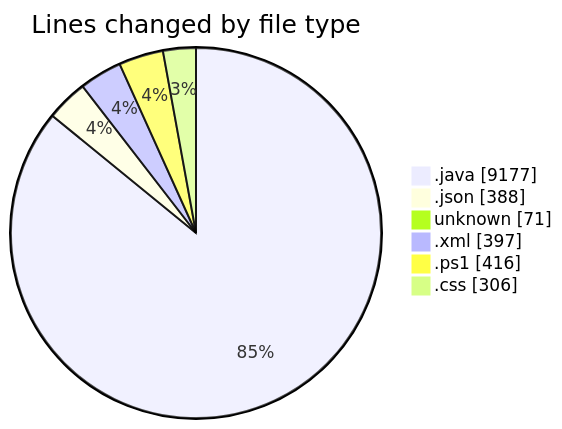
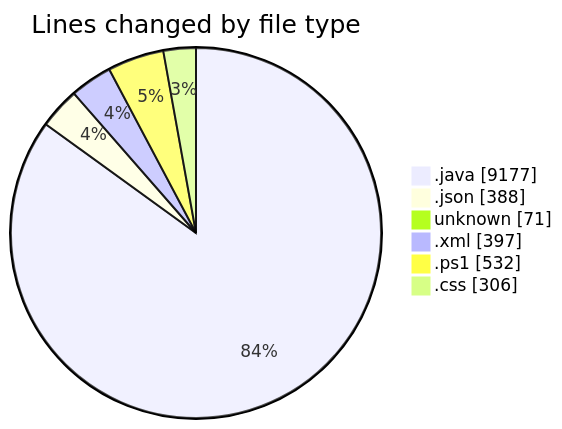
One commit to charlie-sans/code-tracking changed the first of 2 diagrams in 2025-02-25/micros/README.md. Above: the diagram before and after it, drawn with Mermaid. The commit also changed other lines of this file and 1 other file, not shown here.

````diff
--- a/2025-02-25/micros/README.md
+++ b/2025-02-25/micros/README.md
@@ -62,10 +62,10 @@
 ```mermaid
 pie showData
 title Lines changed by file type
 ".java" : 9177
 ".json" : 388
 "unknown" : 71
 ".xml" : 397
-".ps1" : 416
+".ps1" : 532
 ".css" : 306
 ```
````
